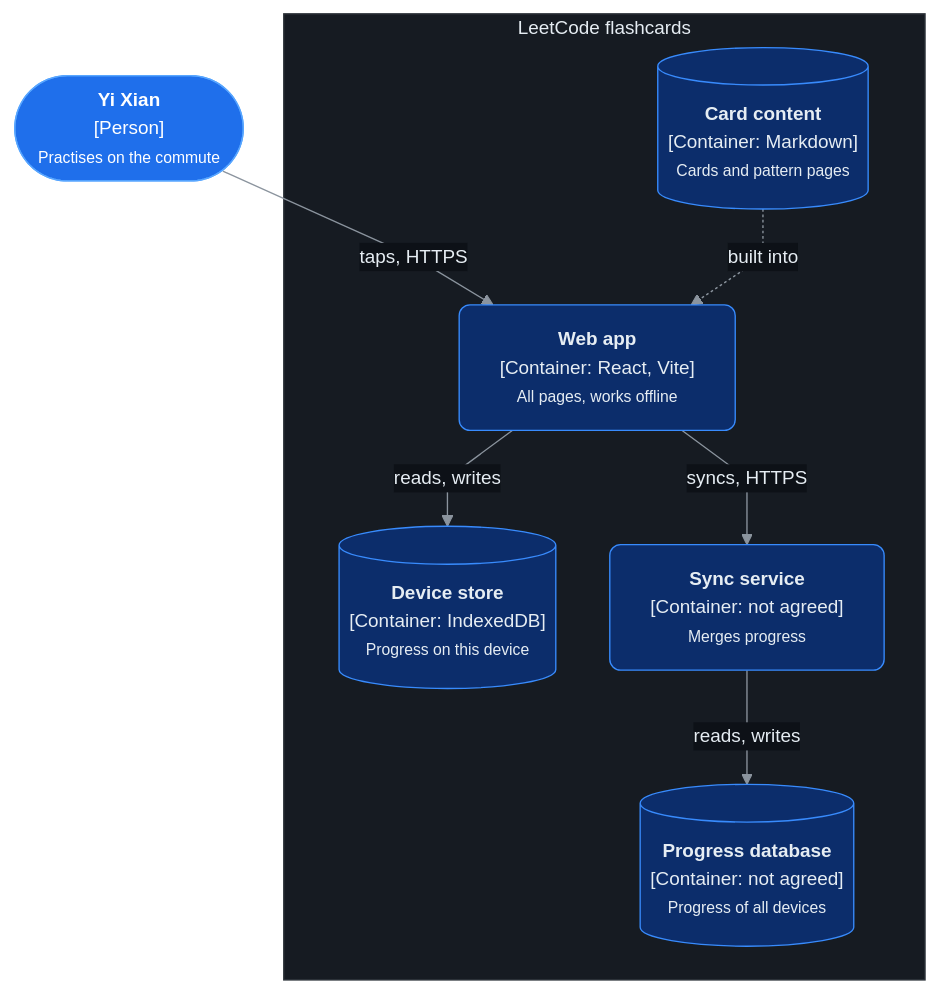
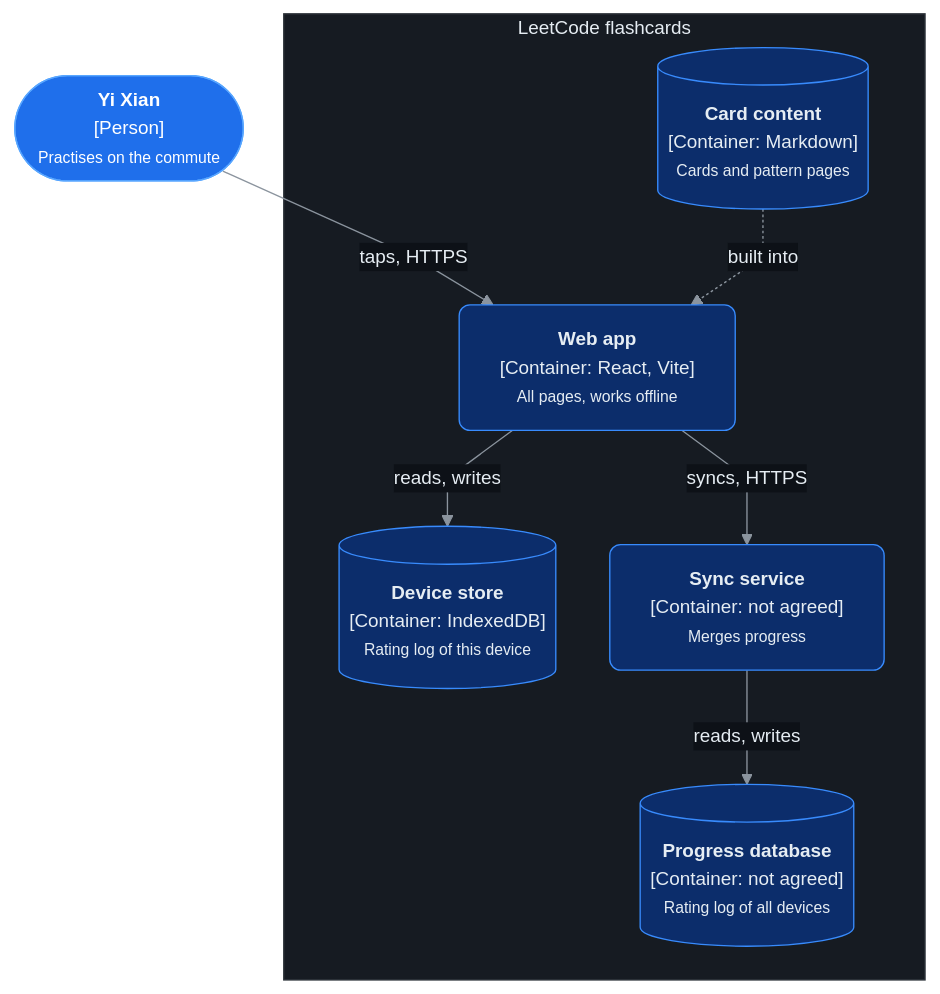
Before and after one commit to lyeyixian/leetcode-flashcards: the second of 3 diagrams in docs/architecture/README.md, drawn with Mermaid. The commit also changed other lines of this file and 3 other files, not shown here.

First line of the commit message:
docs(adr): record the rating log as the progress model

````diff
--- a/docs/architecture/README.md
+++ b/docs/architecture/README.md
@@ -45,26 +45,26 @@
 ```mermaid
 %%{init: {"theme":"base","themeVariables":{"fontFamily":"system-ui, sans-serif","fontSize":"14px","lineColor":"#8b949e","clusterBkg":"#161b22","clusterBorder":"#30363d","edgeLabelBackground":"#0d1117","primaryTextColor":"#e6edf3","titleColor":"#e6edf3"},"flowchart":{"curve":"linear","nodeSpacing":40,"rankSpacing":50}}}%%
 flowchart TB
     user(["<b>Yi Xian</b><br/>[Person]<br/><small>Practises on the commute</small>"]):::person
 
     subgraph system["LeetCode flashcards"]
         content[("<b>Card content</b><br/>[Container: Markdown]<br/><small>Cards and pattern pages</small>")]:::store
         app["<b>Web app</b><br/>[Container: React, Vite]<br/><small>All pages, works offline</small>"]:::container
-        local[("<b>Device store</b><br/>[Container: IndexedDB]<br/><small>Progress on this device</small>")]:::store
+        local[("<b>Device store</b><br/>[Container: IndexedDB]<br/><small>Rating log of this device</small>")]:::store
         sync["<b>Sync service</b><br/>[Container: not agreed]<br/><small>Merges progress</small>"]:::container
-        db[("<b>Progress database</b><br/>[Container: not agreed]<br/><small>Progress of all devices</small>")]:::store
+        db[("<b>Progress database</b><br/>[Container: not agreed]<br/><small>Rating log of all devices</small>")]:::store
     end
 
     user -- "taps, HTTPS" --> app
     content -. "built into" .-> app
     app -- "reads, writes" --> local
     app -- "syncs, HTTPS" --> sync
     sync -- "reads, writes" --> db
 
     classDef person fill:#1f6feb,stroke:#58a6ff,color:#ffffff,rx:8,ry:8
     classDef system fill:#1f6feb,stroke:#58a6ff,color:#ffffff,rx:8,ry:8
     classDef container fill:#0c2d6b,stroke:#388bfd,color:#e6edf3,rx:8,ry:8
     classDef component fill:#0c2d6b,stroke:#388bfd,color:#e6edf3,rx:8,ry:8
     classDef store fill:#0c2d6b,stroke:#388bfd,color:#e6edf3
     classDef external fill:#21262d,stroke:#8b949e,color:#c9d1d9,stroke-dasharray:4 3,rx:8,ry:8
 ```
````
